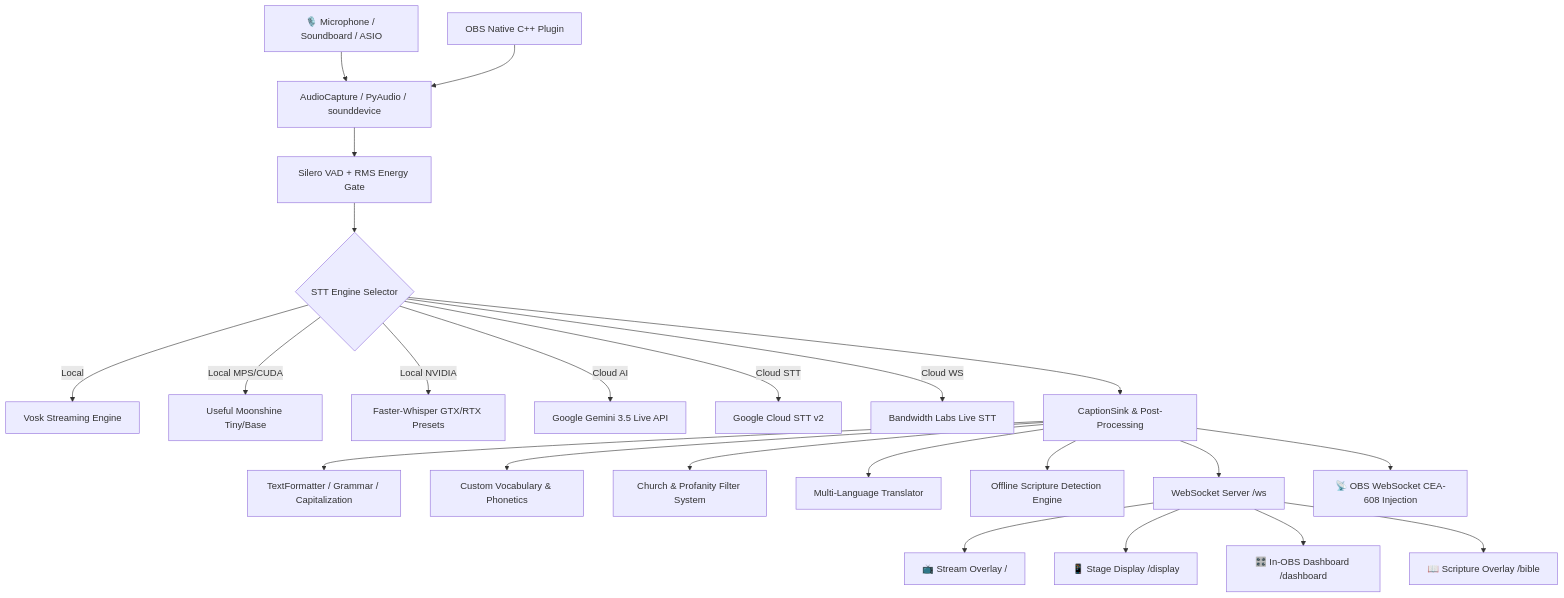
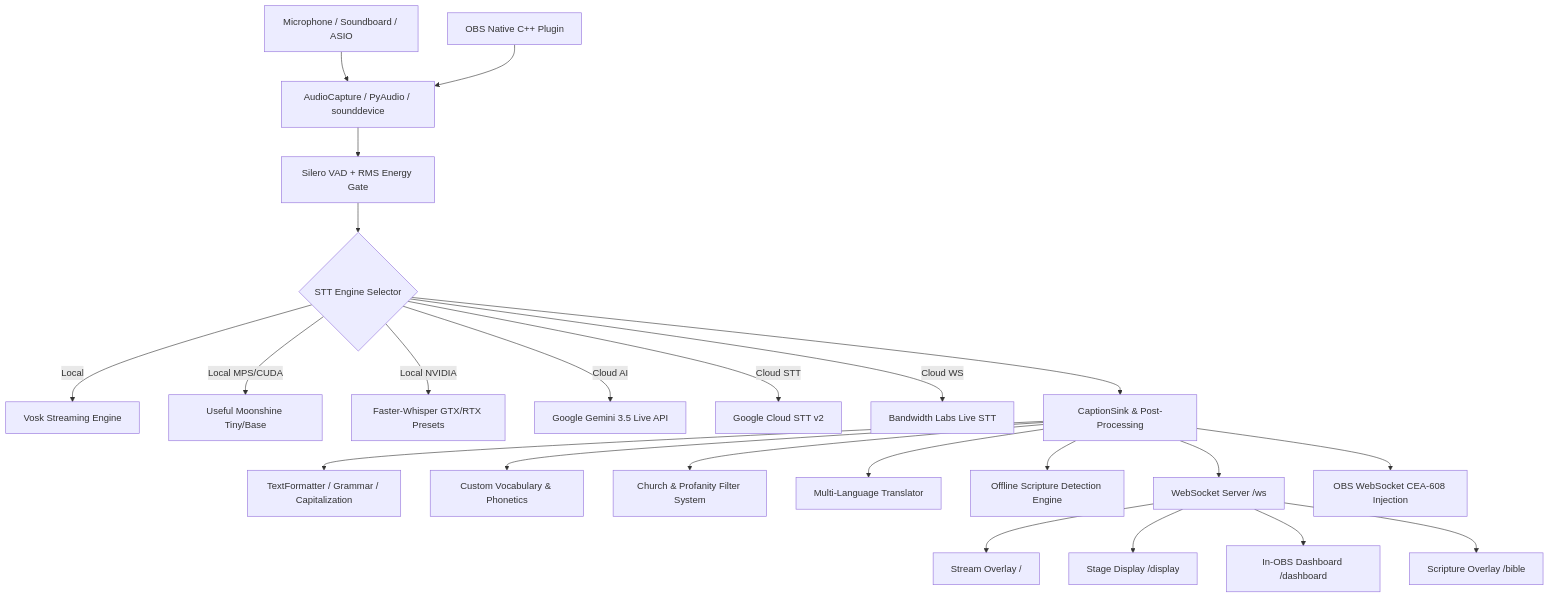
The diagram in FEATURES_AND_SYSTEM_SPECIFICATION.md (techguyowen/vox-stream), drawn with Mermaid before and after one commit. The commit also changed other lines of this file and 8 other files, not shown here.

````diff
--- a/FEATURES_AND_SYSTEM_SPECIFICATION.md
+++ b/FEATURES_AND_SYSTEM_SPECIFICATION.md
@@ -29,28 +29,28 @@
 ```mermaid
 graph TD
-    MIC[🎙️ Microphone / Soundboard / ASIO] --> AUD[AudioCapture / PyAudio / sounddevice]
+    MIC[Microphone / Soundboard / ASIO] --> AUD[AudioCapture / PyAudio / sounddevice]
     NATIVE[OBS Native C++ Plugin] --> AUD
     AUD --> VAD[Silero VAD + RMS Energy Gate]
     VAD --> STT{STT Engine Selector}
     
     STT -->|Local| VOSK[Vosk Streaming Engine]
     STT -->|Local MPS/CUDA| MOON[Useful Moonshine Tiny/Base]
     STT -->|Local NVIDIA| WHISP[Faster-Whisper GTX/RTX Presets]
     STT -->|Cloud AI| GEMINI[Google Gemini 3.5 Live API]
     STT -->|Cloud STT| GOOG[Google Cloud STT v2]
     STT -->|Cloud WS| BANDW[Bandwidth Labs Live STT]
     
     STT --> SINK[CaptionSink & Post-Processing]
     SINK --> FMT[TextFormatter / Grammar / Capitalization]
     SINK --> VOCAB[Custom Vocabulary & Phonetics]
     SINK --> CENSOR[Church & Profanity Filter System]
     SINK --> TRANS[Multi-Language Translator]
     SINK --> BIBLE[Offline Scripture Detection Engine]
     
     SINK --> WS_BC[WebSocket Server /ws]
-    WS_BC --> OVERLAY[📺 Stream Overlay /]
-    WS_BC --> STAGE[📱 Stage Display /display]
-    WS_BC --> DASH[🎛️ In-OBS Dashboard /dashboard]
-    WS_BC --> BIBLE_OV[📖 Scripture Overlay /bible]
-    SINK --> OBS_WS[📡 OBS WebSocket CEA-608 Injection]
+    WS_BC --> OVERLAY[Stream Overlay /]
+    WS_BC --> STAGE[Stage Display /display]
+    WS_BC --> DASH[In-OBS Dashboard /dashboard]
+    WS_BC --> BIBLE_OV[Scripture Overlay /bible]
+    SINK --> OBS_WS[OBS WebSocket CEA-608 Injection]
 ```
````
